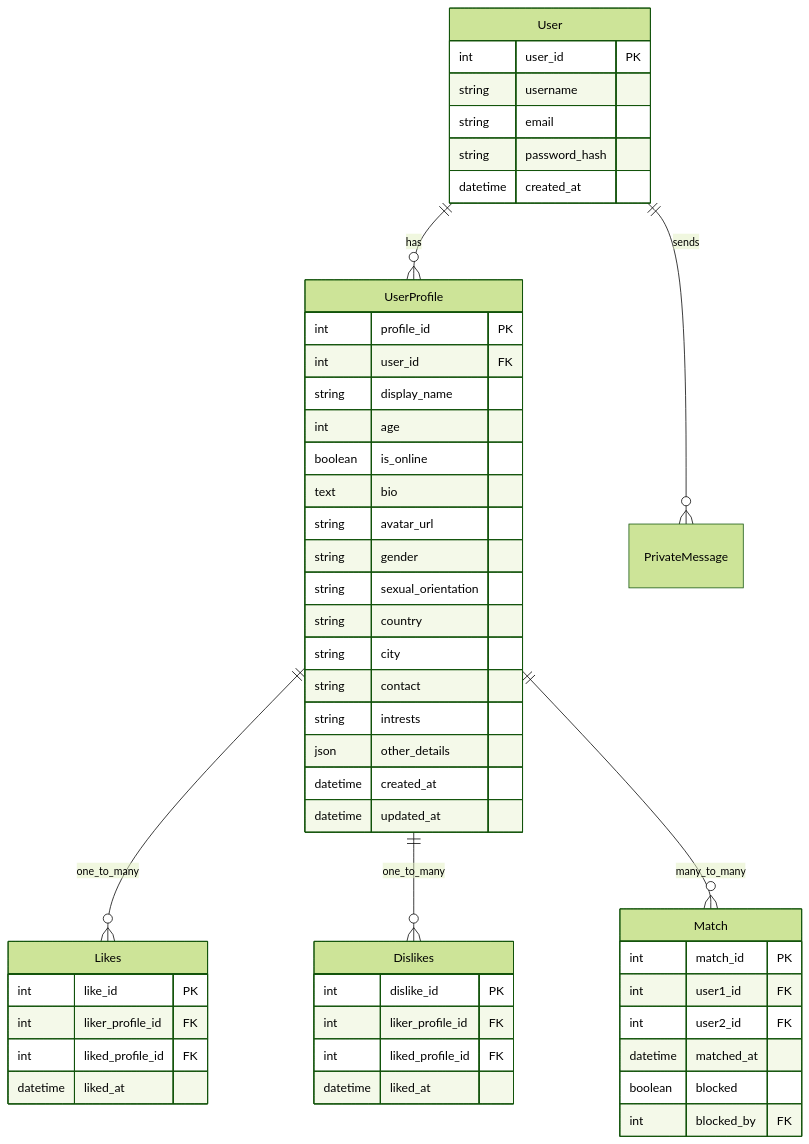
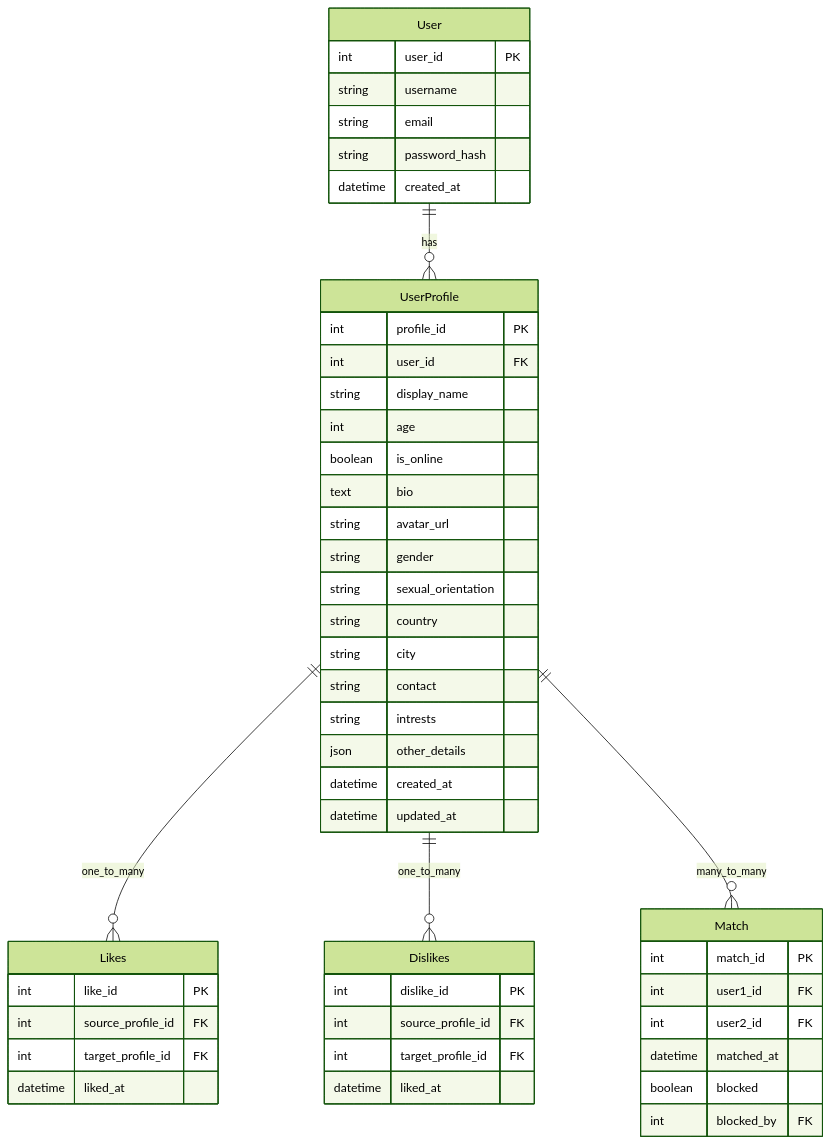
One commit to dimitri-edel/team-5 changed the diagram in README.md. Above: the diagram before and after it, drawn with Mermaid (forest theme). The commit also changed other lines of this file, not shown here.

Commit message:
Alter ERD in README

````diff
--- a/README.md
+++ b/README.md
@@ -60,57 +63,56 @@
 ```mermaid
 erDiagram
     User {
         int user_id PK
         string username
         string email
         string password_hash
         datetime created_at
     }
     UserProfile {
         int profile_id PK
         int user_id FK
         string display_name
         int age
         boolean is_online
         text bio
         string avatar_url
         string gender
         string sexual_orientation
         string country
         string city
         string contact
         string intrests
         json other_details
         datetime created_at
         datetime updated_at
     }
     Match {
         int match_id PK
         int user1_id FK
         int user2_id FK
         datetime matched_at
         boolean blocked
         int blocked_by FK
     }
     %% blocked_by: user_id of the user who initiated the block
     
     Likes {
         int like_id PK
-        int liker_profile_id FK
-        int liked_profile_id FK
+        int source_profile_id FK
+        int target_profile_id FK
         datetime liked_at
     }
 
     Dislikes {
         int dislike_id PK
-        int liker_profile_id FK
-        int liked_profile_id FK
+        int source_profile_id FK
+        int target_profile_id FK
         datetime liked_at
     }
 
     User ||--o{ UserProfile : has
-    User ||--o{ PrivateMessage : sends
     UserProfile ||--o{ Likes : one_to_many
-     UserProfile ||--o{ Dislikes : one_to_many
+    UserProfile ||--o{ Dislikes : one_to_many
     UserProfile ||--o{ Match : many_to_many   
 ```
````
